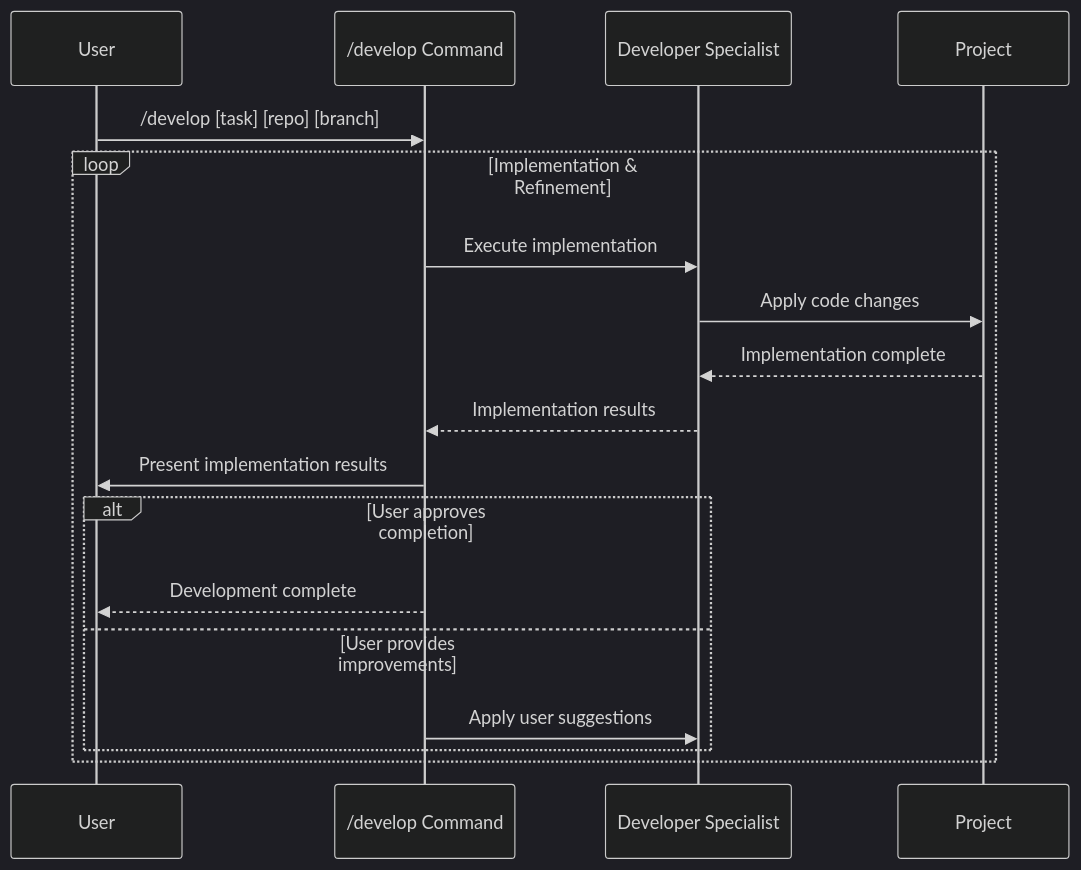
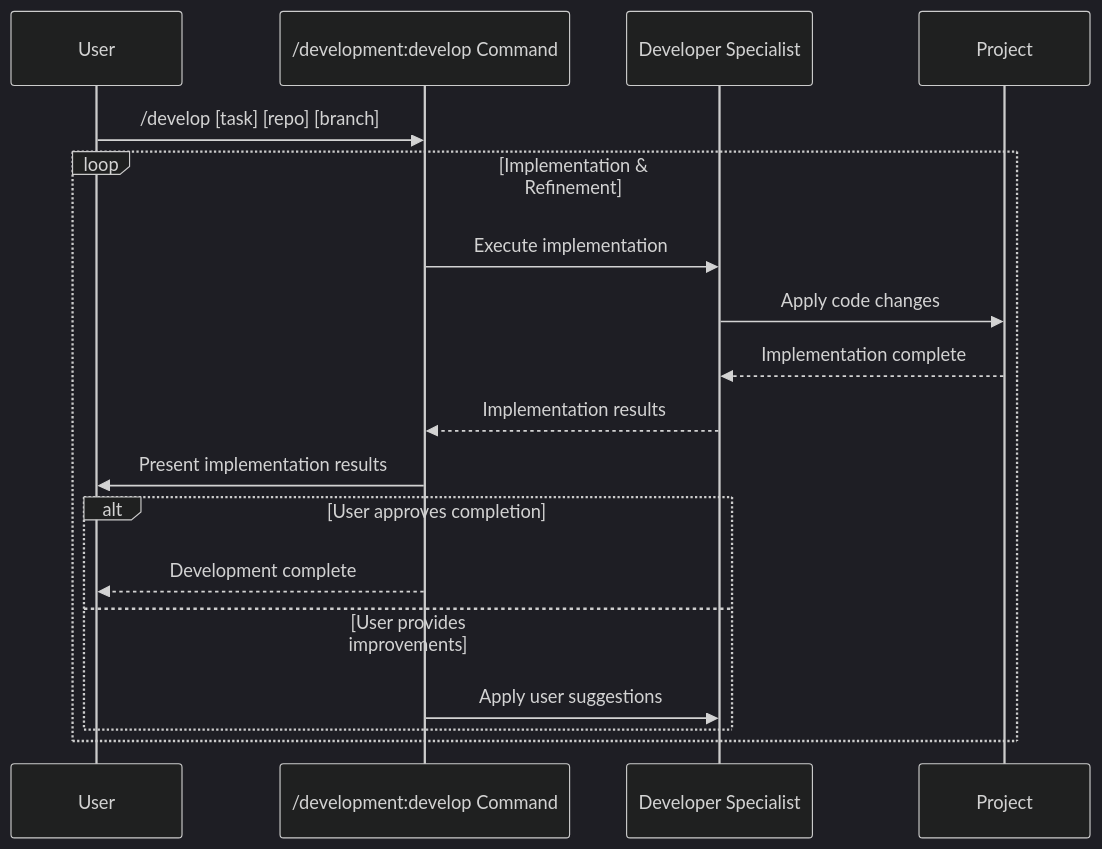
One commit to zzaia/zzaia-agentic-workspace changed the diagram in .claude/commands/development/develop.md. Above: the diagram before and after it, drawn with Mermaid (dark theme). The commit also changed other lines of this file and 9 other files, not shown here.

````diff
--- a/.claude/commands/development/develop.md
+++ b/.claude/commands/development/develop.md
@@ -54,22 +54,22 @@
 ```mermaid
 sequenceDiagram
     participant U as User
-    participant C as /develop Command
+    participant C as /development:develop Command
     participant DS as Developer Specialist
     participant P as Project
 
     U->>C: /develop [task] [repo] [branch]
 
     loop Implementation & Refinement
         C->>DS: Execute implementation
         DS->>P: Apply code changes
         P-->>DS: Implementation complete
         DS-->>C: Implementation results
         C->>U: Present implementation results
         alt User approves completion
             C-->>U: Development complete
         else User provides improvements
             C->>DS: Apply user suggestions
         end
     end
 ```
````
